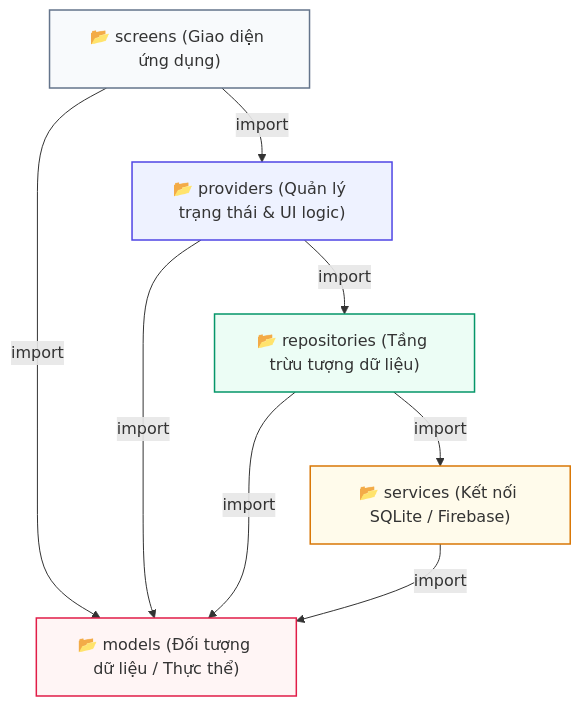
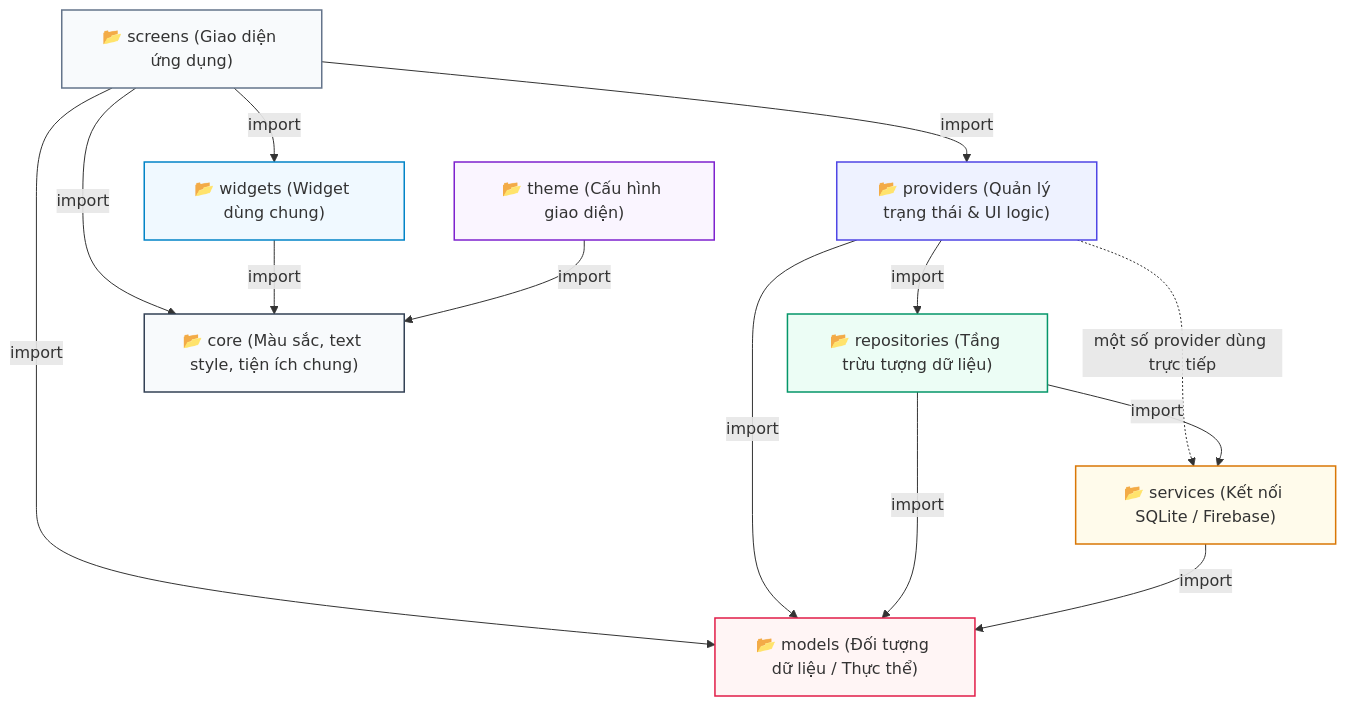
Before and after one commit to ttt-huong/TaskFlow_Huong_Thuong_Cuong_N03_1_2026: the fifth of 12 diagrams in docs/TaskFlow_Diagrams.md, drawn with Mermaid. The commit also changed other lines of this file, not shown here.

Commit message:
docs: add ERD SQLite, ERD Firestore, Data Dictionary, and Offline Sync diagrams

````diff
--- a/docs/TaskFlow_Diagrams.md
+++ b/docs/TaskFlow_Diagrams.md
@@ -235,22 +242,33 @@
 ```mermaid
 flowchart TB
     screens["📂 screens (Giao diện ứng dụng)"]
     providers["📂 providers (Quản lý trạng thái & UI logic)"]
     repositories["📂 repositories (Tầng trừu tượng dữ liệu)"]
     services["📂 services (Kết nối SQLite / Firebase)"]
     models["📂 models (Đối tượng dữ liệu / Thực thể)"]
+    widgets["📂 widgets (Widget dùng chung)"]
+    core["📂 core (Màu sắc, text style, tiện ích chung)"]
+    theme["📂 theme (Cấu hình giao diện)"]
 
     screens --> |import| providers
     screens --> |import| models
+    screens --> |import| widgets
+    screens --> |import| core
     providers --> |import| repositories
     providers --> |import| models
+    providers -.-> |một số provider dùng trực tiếp| services
     repositories --> |import| services
     repositories --> |import| models
     services --> |import| models
+    widgets --> |import| core
+    theme --> |import| core
 
     style screens fill:#f8fafc,stroke:#64748b,stroke-width:1.5px
     style providers fill:#eef2ff,stroke:#4f46e5,stroke-width:1.5px
     style repositories fill:#ecfdf5,stroke:#059669,stroke-width:1.5px
     style services fill:#fffbeb,stroke:#d97706,stroke-width:1.5px
     style models fill:#fff5f5,stroke:#e11d48,stroke-width:1.5px
+    style widgets fill:#f0f9ff,stroke:#0284c7,stroke-width:1.5px
+    style core fill:#f8fafc,stroke:#334155,stroke-width:1.5px
+    style theme fill:#faf5ff,stroke:#7e22ce,stroke-width:1.5px
 ```
````
